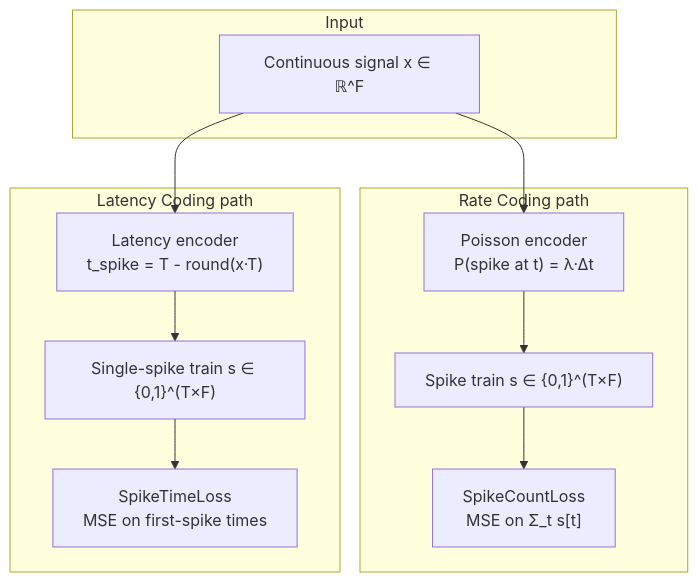
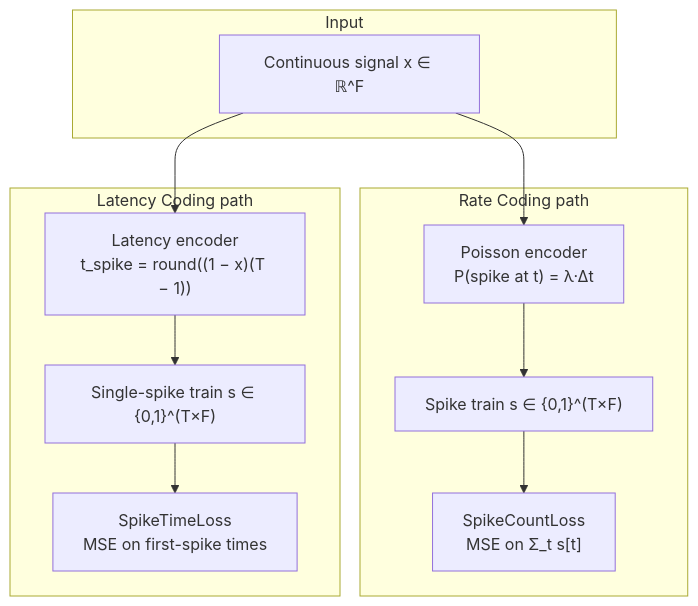
The diagram in software/nn/.wiki/Concepts/Spike-Encoding.md (ensismoebius/doutorado), drawn with Mermaid before and after one commit. The commit also changed other lines of this file and 56 other files, not shown here.

````diff
--- a/software/nn/.wiki/Concepts/Spike-Encoding.md
+++ b/software/nn/.wiki/Concepts/Spike-Encoding.md
@@ -220,21 +231,21 @@
 ```mermaid
 flowchart TB
     subgraph Input
         x["Continuous signal x ∈ ℝ^F"]
     end
 
     subgraph RateCoding["Rate Coding path"]
         poisson_enc["Poisson encoder\nP(spike at t) = λ·Δt"]
         rate_spikes["Spike train s ∈ {0,1}^(T×F)"]
         count_loss["SpikeCountLoss\nMSE on Σ_t s[t]"]
     end
 
     subgraph LatencyCoding["Latency Coding path"]
-        latency_enc["Latency encoder\nt_spike = T - round(x·T)"]
+        latency_enc["Latency encoder\nt_spike = round((1 − x)(T − 1))"]
         latency_spikes["Single-spike train s ∈ {0,1}^(T×F)"]
         time_loss["SpikeTimeLoss\nMSE on first-spike times"]
     end
 
     x --> poisson_enc --> rate_spikes --> count_loss
     x --> latency_enc --> latency_spikes --> time_loss
 ```
````
